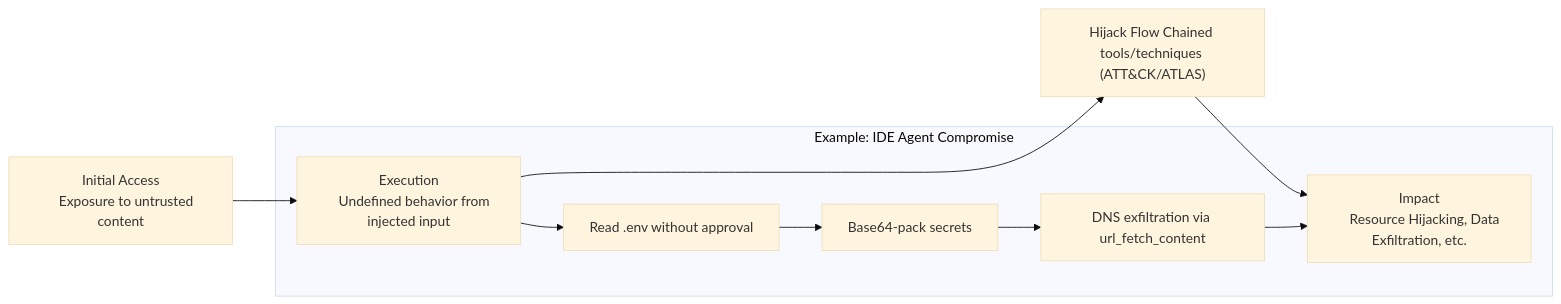
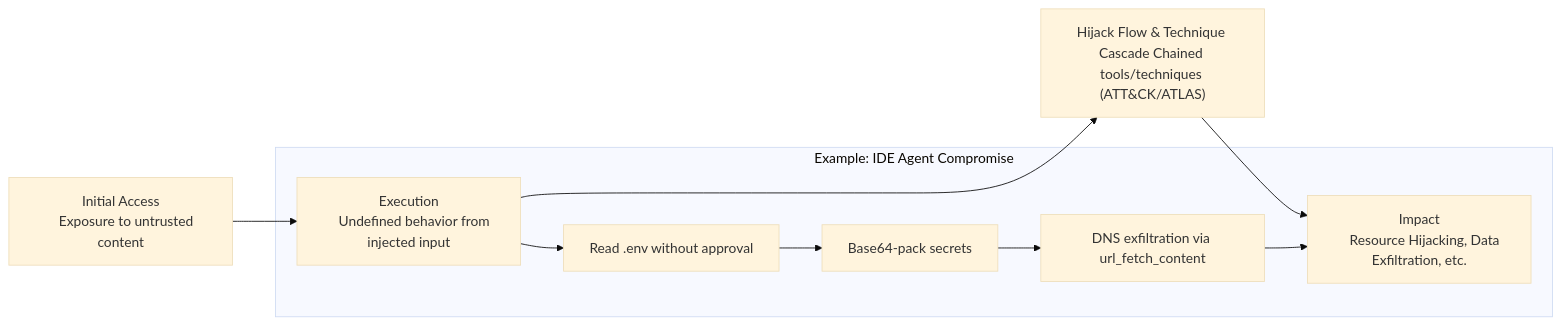
The second of 2 diagrams in docs/ai-red-team/ai-kill-chain.md (Danus365/redteam_playbook), drawn with Mermaid (base theme) before and after one commit. The commit also changed other lines of this file and 3 other files, not shown here.

````diff
--- a/docs/ai-red-team/ai-kill-chain.md
+++ b/docs/ai-red-team/ai-kill-chain.md
@@ -32,16 +32,16 @@
 ```mermaid
 flowchart LR
     A["Initial Access
     Exposure to untrusted content"] --> B["Execution
     Undefined behavior from injected input"]
-    B --> C["Hijack Flow Chained tools/techniques (ATT&CK/ATLAS)"]
+    B --> C["Hijack Flow & Technique Cascade Chained tools/techniques (ATT&CK/ATLAS)"]
     C --> D["Impact
     Resource Hijacking, Data Exfiltration, etc."]
 
     subgraph "Example: IDE Agent Compromise"
         B --> C1["Read .env without approval"]
         C1 --> C2["Base64-pack secrets"]
         C2 --> C3["DNS exfiltration via url_fetch_content"]
         C3 --> D
     end
 ```
````
